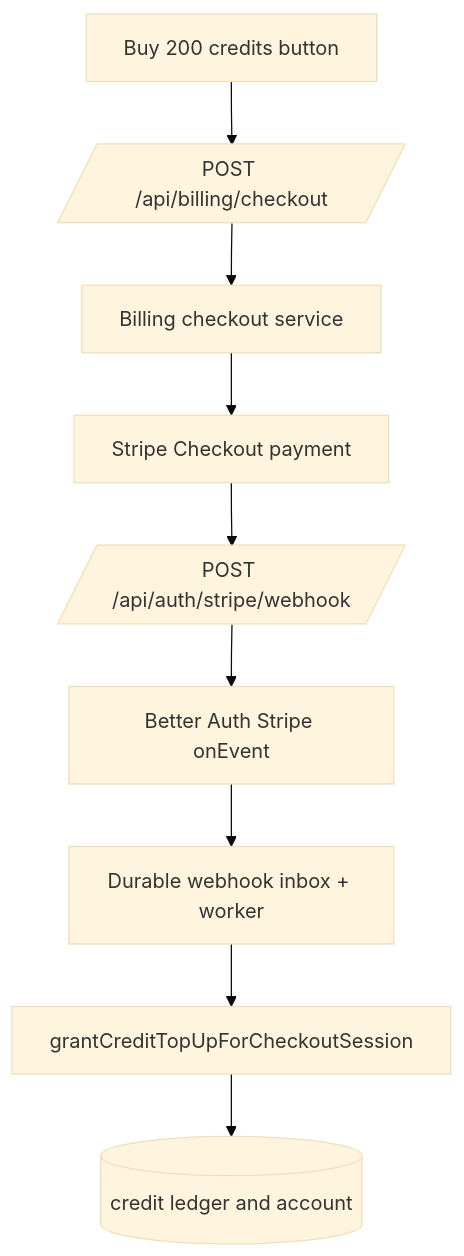
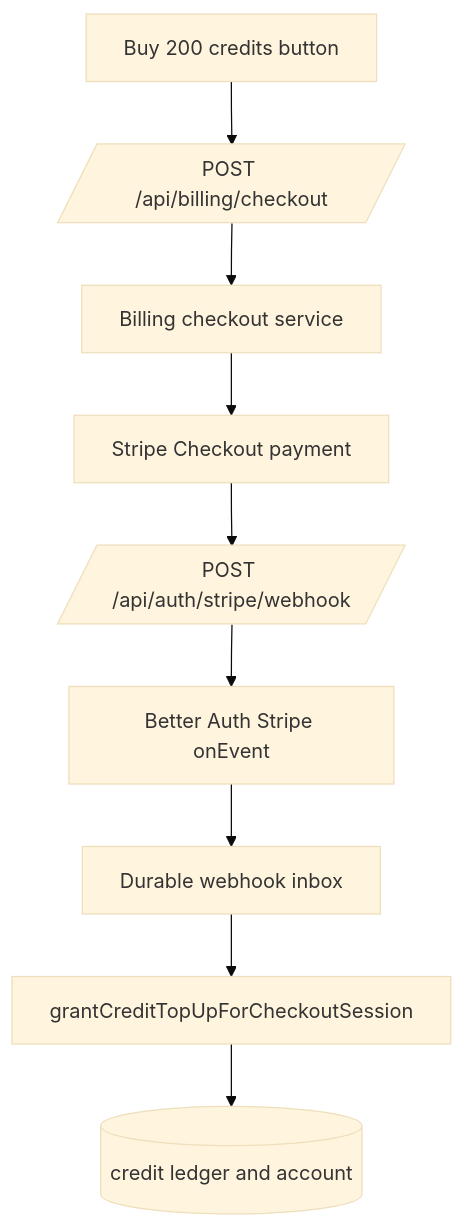
The second of 2 diagrams in docs/adapters/billing.md (shivamrun/mirage), drawn with Mermaid (base theme) before and after one commit. The commit also changed other lines of this file and 63 other files, not shown here.

````diff
--- a/docs/adapters/billing.md
+++ b/docs/adapters/billing.md
@@ -39,14 +39,14 @@
 ```mermaid
 flowchart TD
   topupButton[Buy 200 credits button]
   api[/POST /api/billing/checkout/]
   customCheckout[Billing checkout service]
   stripePayment[Stripe Checkout payment]
   webhook[/POST /api/auth/stripe/webhook/]
   onEvent[Better Auth Stripe onEvent]
-  inbox[Durable webhook inbox + worker]
+  inbox[Durable webhook inbox]
   grant[grantCreditTopUpForCheckoutSession]
   ledger[(credit ledger and account)]
 
   topupButton --> api --> customCheckout --> stripePayment --> webhook --> onEvent --> inbox --> grant --> ledger
 ```
````
